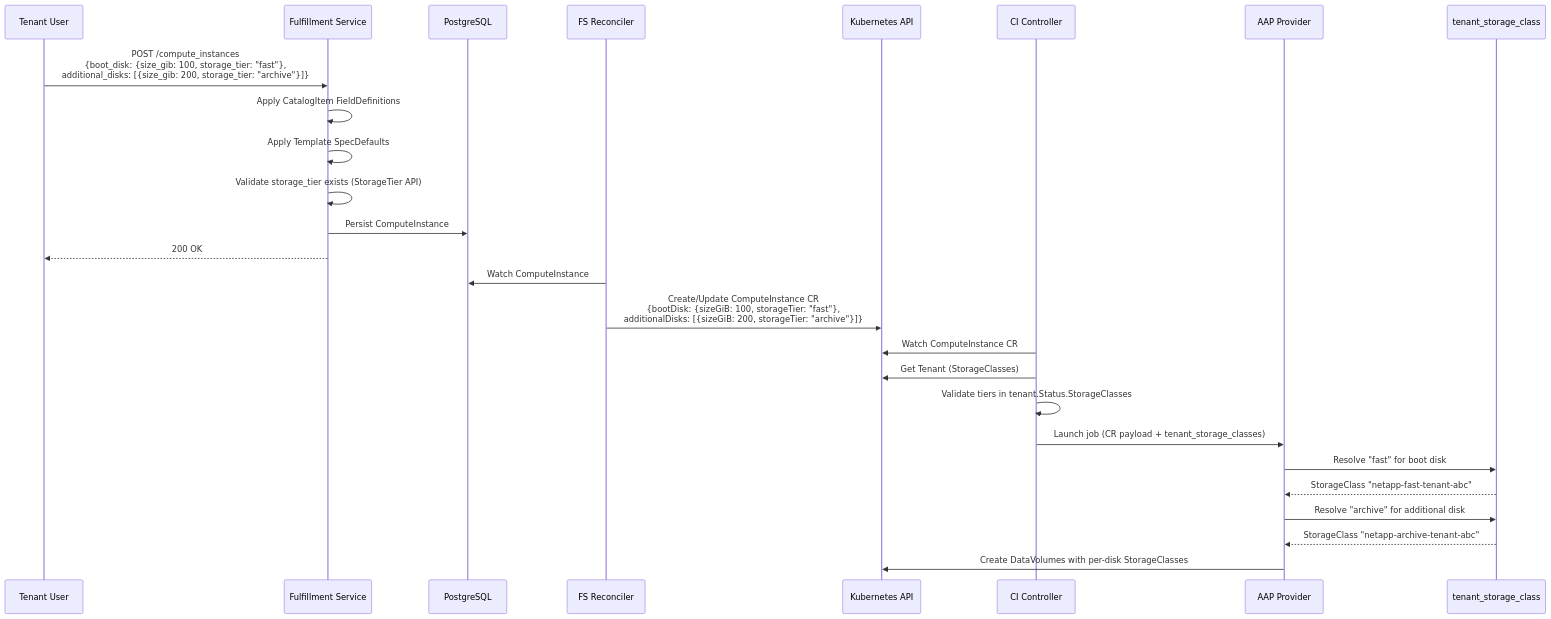
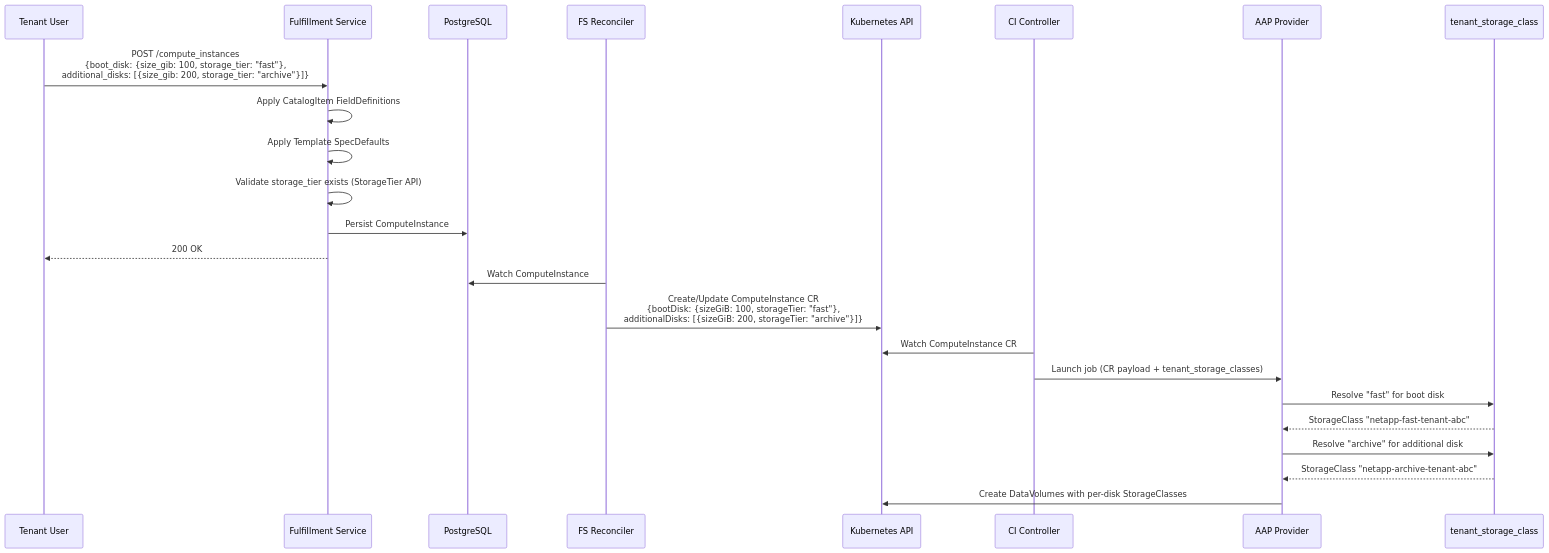
One commit to osac-project/enhancement-proposals changed the first of 2 diagrams in enhancements/OSAC-1710-storage-tier-selection/README.md. Above: the diagram before and after it, drawn with Mermaid. The commit also changed other lines of this file, not shown here.

````diff
--- a/enhancements/OSAC-1710-storage-tier-selection/README.md
+++ b/enhancements/OSAC-1710-storage-tier-selection/README.md
@@ -142,32 +121,30 @@
 ```mermaid
 sequenceDiagram
     participant User as Tenant User
     participant FS as Fulfillment Service
     participant DB as PostgreSQL
     participant Reconciler as FS Reconciler
     participant K8s as Kubernetes API
     participant Op as CI Controller
     participant AAP as AAP Provider
     participant Role as tenant_storage_class
 
     User->>FS: POST /compute_instances<br/>{boot_disk: {size_gib: 100, storage_tier: "fast"},<br/>additional_disks: [{size_gib: 200, storage_tier: "archive"}]}
     FS->>FS: Apply CatalogItem FieldDefinitions
     FS->>FS: Apply Template SpecDefaults
     FS->>FS: Validate storage_tier exists (StorageTier API)
     FS->>DB: Persist ComputeInstance
     FS-->>User: 200 OK
 
     Reconciler->>DB: Watch ComputeInstance
     Reconciler->>K8s: Create/Update ComputeInstance CR<br/>{bootDisk: {sizeGiB: 100, storageTier: "fast"},<br/>additionalDisks: [{sizeGiB: 200, storageTier: "archive"}]}
 
     Op->>K8s: Watch ComputeInstance CR
-    Op->>K8s: Get Tenant (StorageClasses)
-    Op->>Op: Validate tiers in tenant.Status.StorageClasses
     Op->>AAP: Launch job (CR payload + tenant_storage_classes)
 
     AAP->>Role: Resolve "fast" for boot disk
     Role-->>AAP: StorageClass "netapp-fast-tenant-abc"
     AAP->>Role: Resolve "archive" for additional disk
     Role-->>AAP: StorageClass "netapp-archive-tenant-abc"
     AAP->>K8s: Create DataVolumes with per-disk StorageClasses
 ```
````
